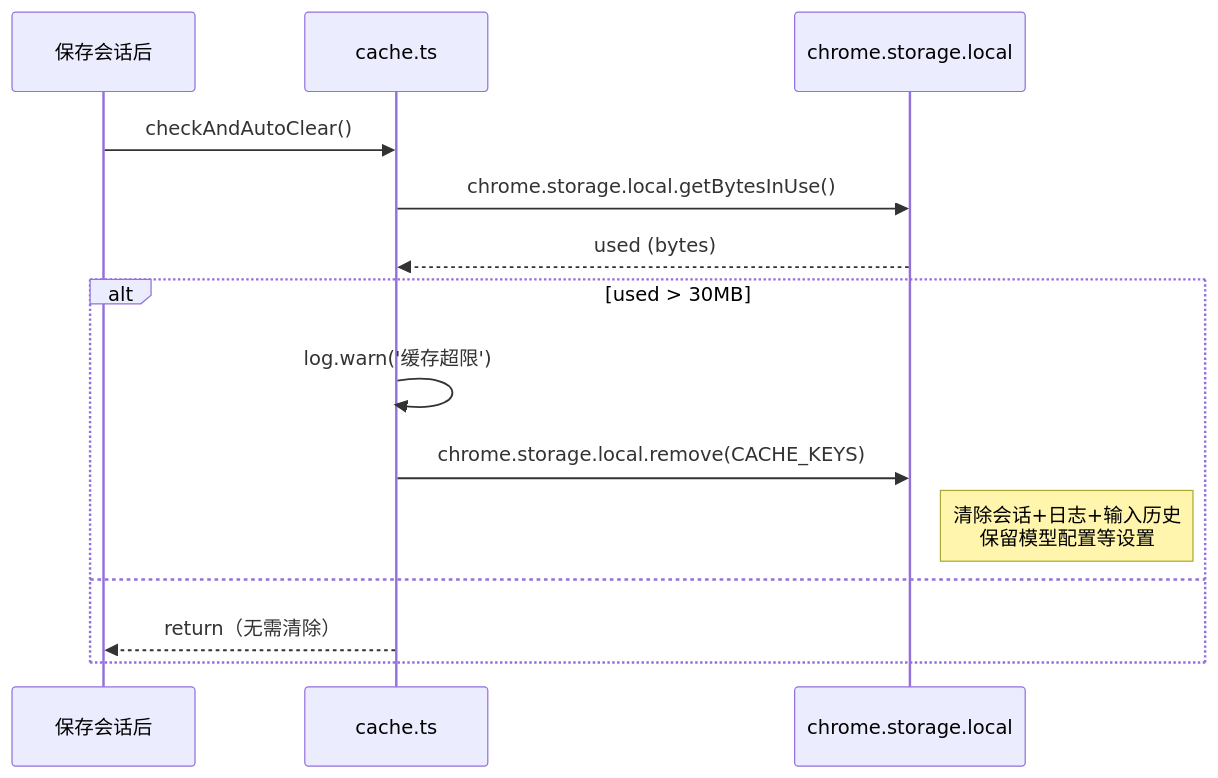
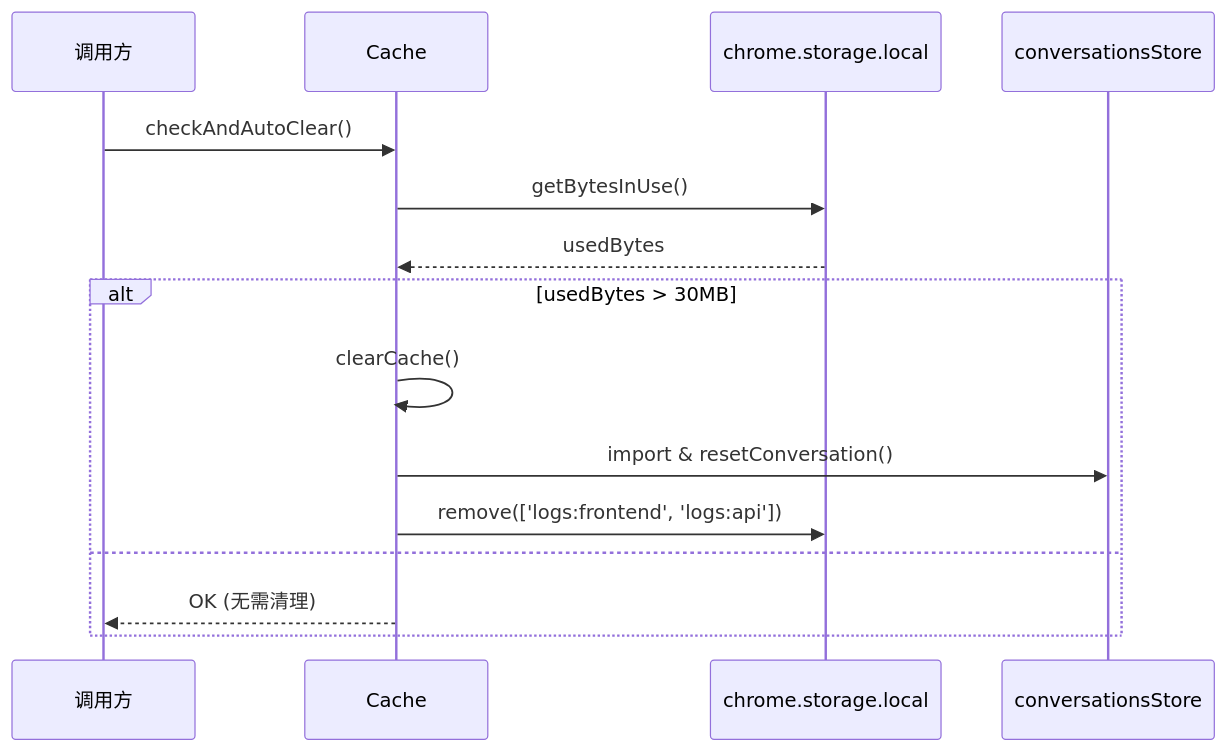
The third of 4 diagrams in docs/architecture/utils.md (zw123zw/ai-browser), drawn with Mermaid before and after one commit. The commit also changed other lines of this file and 13 other files, not shown here.

````diff
--- a/docs/architecture/utils.md
+++ b/docs/architecture/utils.md
@@ -569,18 +424,18 @@
 ```mermaid
 sequenceDiagram
-    participant Caller as 保存会话后
-    participant Cache as cache.ts
+    participant C as 调用方
+    participant CA as Cache
     participant CS as chrome.storage.local
+    participant CONV as conversationsStore
 
-    Caller->>Cache: checkAndAutoClear()
-    Cache->>CS: chrome.storage.local.getBytesInUse()
-    CS-->>Cache: used (bytes)
-
-    alt used > 30MB
-        Cache->>Cache: log.warn('缓存超限')
-        Cache->>CS: chrome.storage.local.remove(CACHE_KEYS)
-        Note right of CS: 清除会话+日志+输入历史<br/>保留模型配置等设置
+    C->>CA: checkAndAutoClear()
+    CA->>CS: getBytesInUse()
+    CS-->>CA: usedBytes
+    alt usedBytes > 30MB
+        CA->>CA: clearCache()
+        CA->>CONV: import & resetConversation()
+        CA->>CS: remove(['logs:frontend', 'logs:api'])
     else
-        Cache-->>Caller: return（无需清除）
+        CA-->>C: OK (无需清理)
     end
 ```
````
